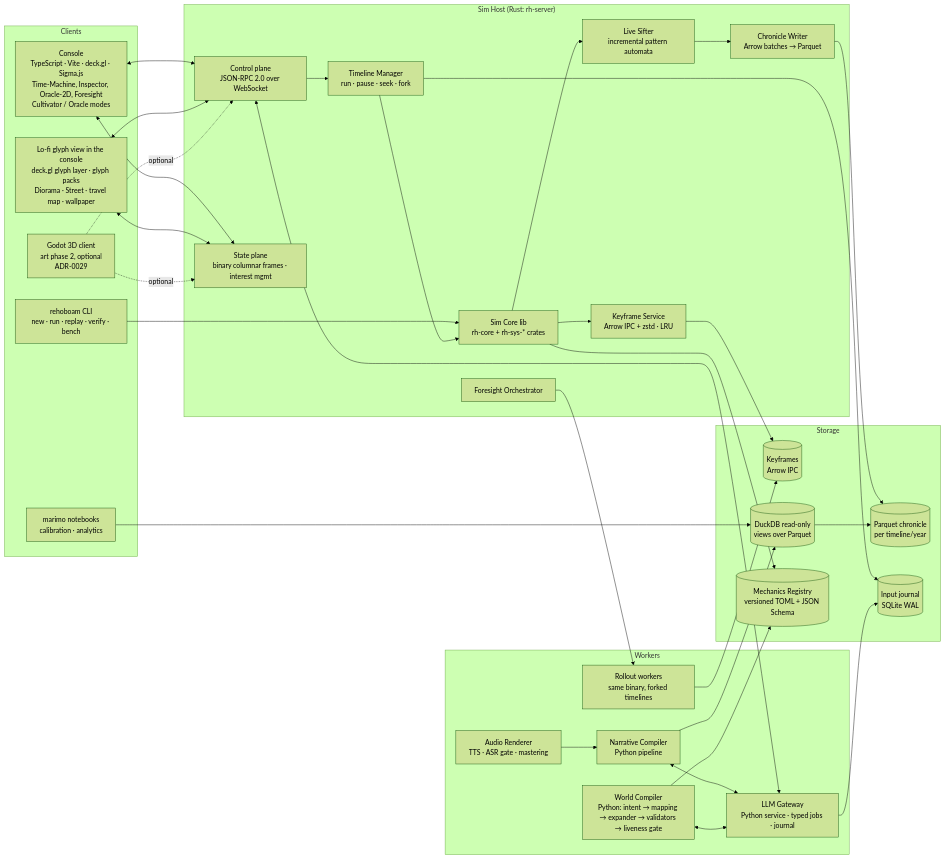
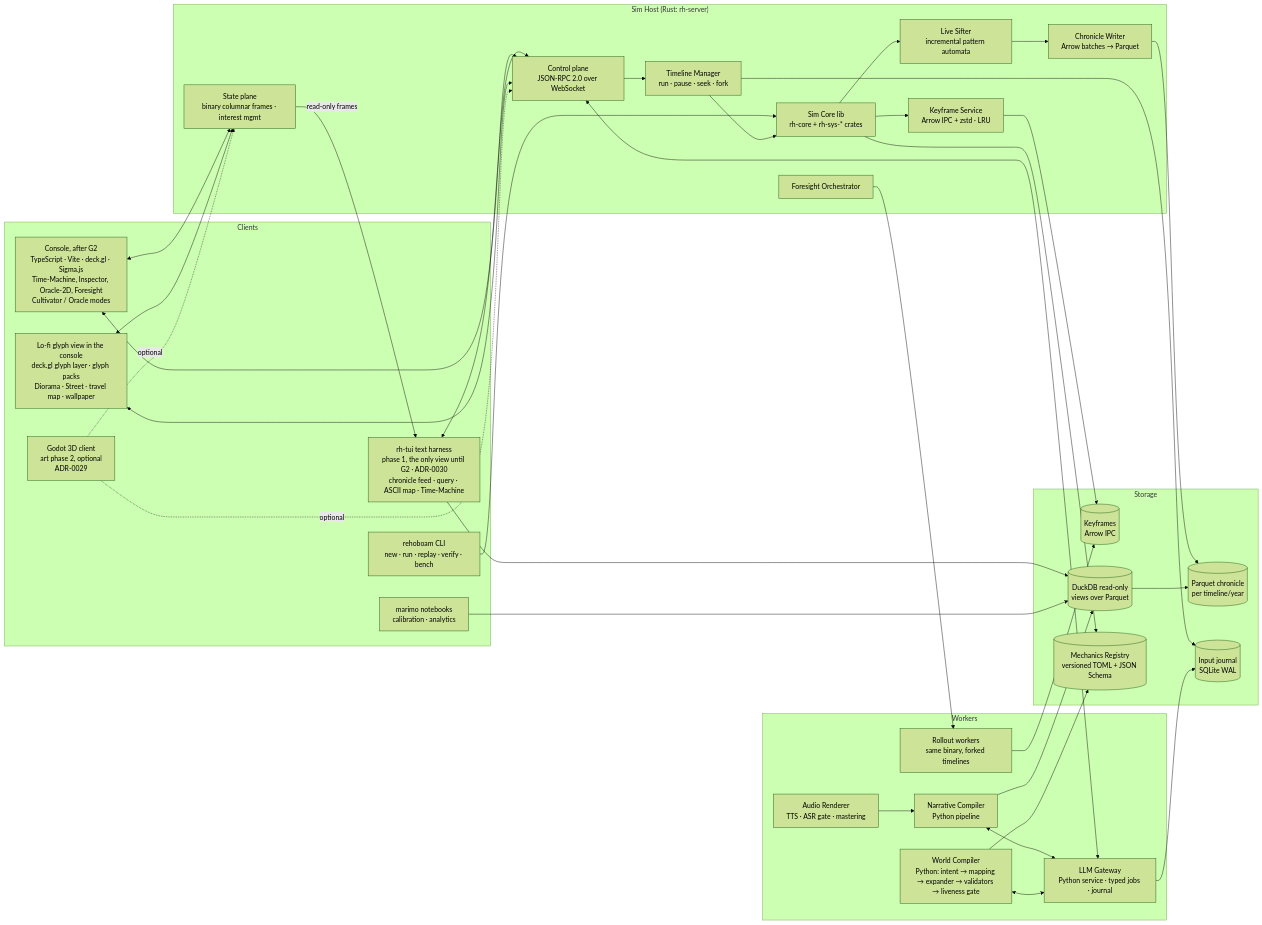
One commit to BigRigVibeCoder/Rehoboam changed the second of 3 diagrams in docs/05_architecture/05.0_overview.md. Above: the diagram before and after it, drawn with Mermaid (forest theme). The commit also changed other lines of this file and 13 other files, not shown here.

First line of the commit message:
ADR-0030 (Proposed): headless engine, every view a harness, text-only until G2

````diff
--- a/docs/05_architecture/05.0_overview.md
+++ b/docs/05_architecture/05.0_overview.md
@@ -68,57 +68,61 @@
 ```mermaid
 flowchart LR
   subgraph Clients
-    CON[Console<br/>TypeScript · Vite · deck.gl · Sigma.js<br/>Time-Machine, Inspector, Oracle-2D, Foresight<br/>Cultivator / Oracle modes]
+    TUI[rh-tui text harness<br/>phase 1, the only view until G2 · ADR-0030<br/>chronicle feed · query · ASCII map · Time-Machine]
+    CON[Console, after G2<br/>TypeScript · Vite · deck.gl · Sigma.js<br/>Time-Machine, Inspector, Oracle-2D, Foresight<br/>Cultivator / Oracle modes]
     GLY[Lo-fi glyph view in the console<br/>deck.gl glyph layer · glyph packs<br/>Diorama · Street · travel map · wallpaper]
     GOD[Godot 3D client<br/>art phase 2, optional<br/>ADR-0029]
     CLI[rehoboam CLI<br/>new · run · replay · verify · bench]
     NB[marimo notebooks<br/>calibration · analytics]
   end
   subgraph Host["Sim Host (Rust: rh-server)"]
     API[Control plane<br/>JSON-RPC 2.0 over WebSocket]
     STR[State plane<br/>binary columnar frames · interest mgmt]
     TL[Timeline Manager<br/>run · pause · seek · fork]
     CORE[Sim Core lib<br/>rh-core + rh-sys-* crates]
     SIFT[Live Sifter<br/>incremental pattern automata]
     CW[Chronicle Writer<br/>Arrow batches → Parquet]
     KF[Keyframe Service<br/>Arrow IPC + zstd · LRU]
     FS[Foresight Orchestrator]
   end
   subgraph Workers
     RW[Rollout workers<br/>same binary, forked timelines]
     LG[LLM Gateway<br/>Python service · typed jobs · journal]
     NC[Narrative Compiler<br/>Python pipeline]
     WC[World Compiler<br/>Python: intent → mapping → expander → validators → liveness gate]
     AR[Audio Renderer<br/>TTS · ASR gate · mastering]
   end
   subgraph Storage
     PQ[(Parquet chronicle<br/>per timeline/year)]
     KFS[(Keyframes<br/>Arrow IPC)]
     JR[(Input journal<br/>SQLite WAL)]
     DDB[(DuckDB read-only<br/>views over Parquet)]
     REG[(Mechanics Registry<br/>versioned TOML + JSON Schema)]
   end
+  TUI <--> API
+  STR -- read-only frames --> TUI
+  TUI --> DDB
   CON <--> API
   CON <--> STR
   GLY <--> API
   GLY <--> STR
   GOD -.optional.-> API
   GOD -.optional.-> STR
   CLI --> CORE
   NB --> DDB
   API --> TL --> CORE
   CORE --> SIFT --> CW --> PQ
   CORE --> KF --> KFS
   TL --> JR
   FS --> RW
   RW --> KFS
   API <--> LG
   LG --> JR
   NC --> DDB
   NC <--> LG
   WC <--> LG
   WC --> REG
   CORE --> REG
   AR --> NC
   DDB --> PQ
 ```
````
